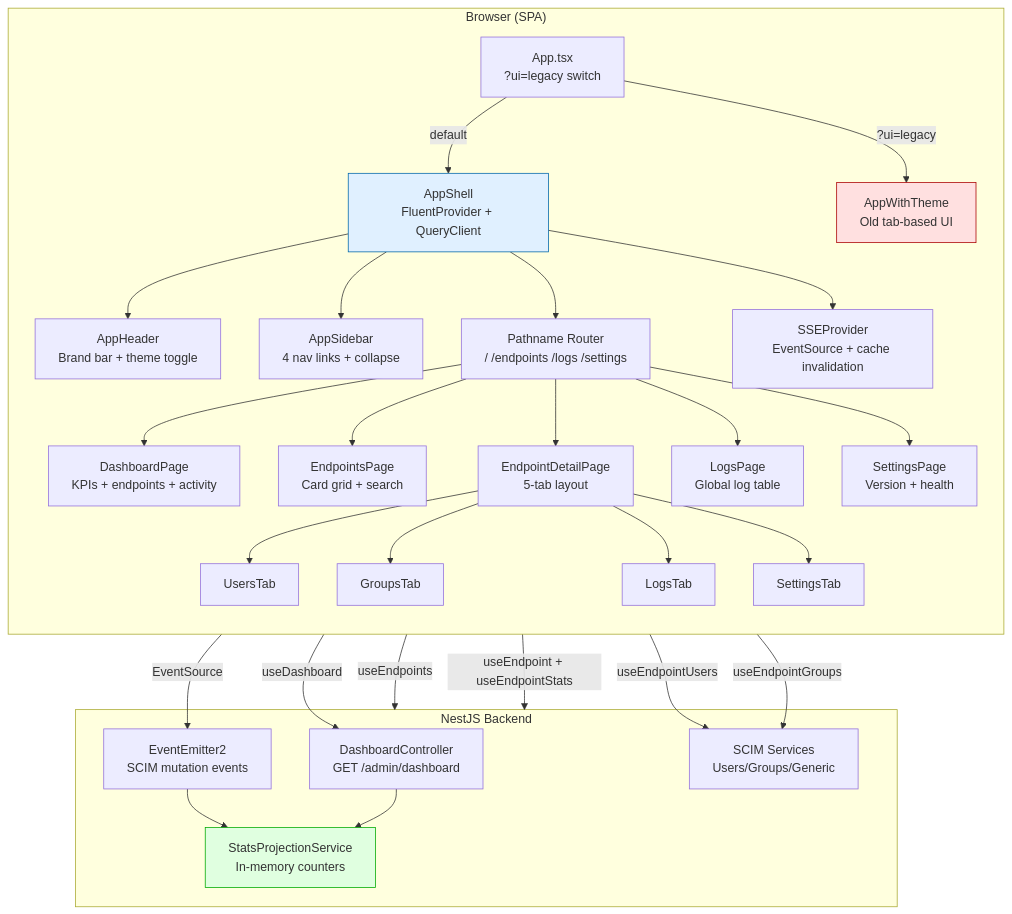
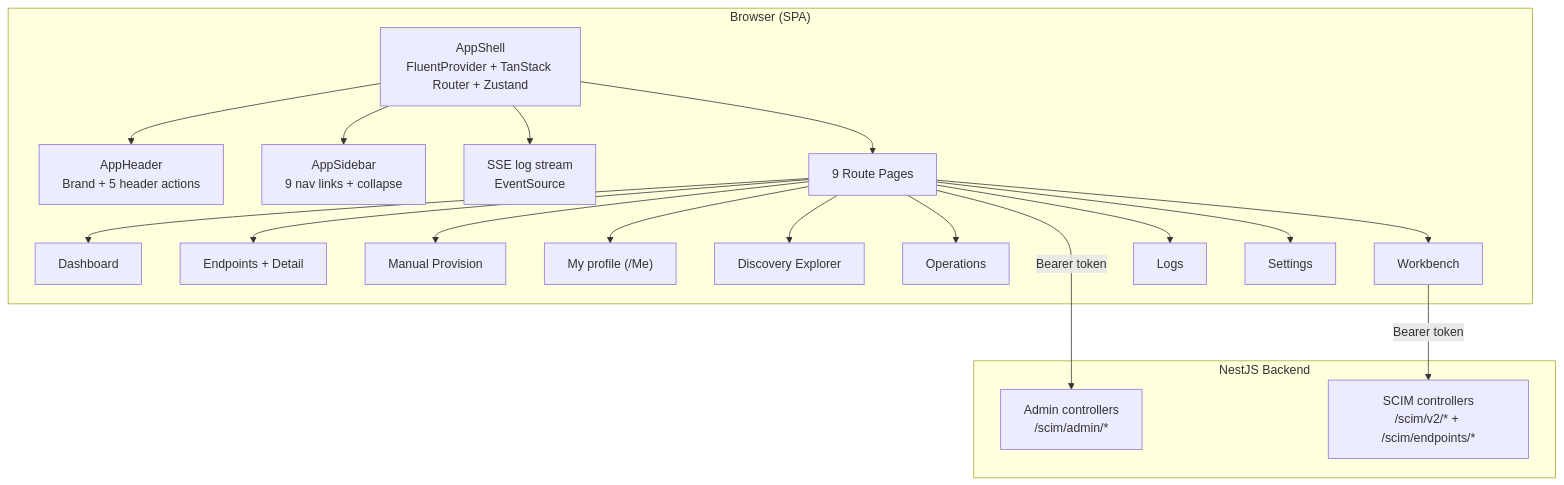
Before and after one commit to pranems/SCIMServer: the first of 2 diagrams in docs/UI_GUIDE.md, drawn with Mermaid. The commit also changed other lines of this file and 56 other files, not shown here.

````diff
--- a/docs/UI_GUIDE.md
+++ b/docs/UI_GUIDE.md
@@ -64,45 +36,27 @@
 ```mermaid
 flowchart TB
     subgraph Browser["Browser (SPA)"]
-        direction TB
-        App["App.tsx<br/>?ui=legacy switch"]
-        App -->|default| Shell["AppShell<br/>FluentProvider + QueryClient"]
-        App -->|?ui=legacy| Legacy["AppWithTheme<br/>Old tab-based UI"]
-
-        Shell --> Header["AppHeader<br/>Brand bar + theme toggle"]
-        Shell --> Sidebar["AppSidebar<br/>4 nav links + collapse"]
-        Shell --> Router["Pathname Router<br/>/ /endpoints /logs /settings"]
-        Shell --> SSE["SSEProvider<br/>EventSource + cache invalidation"]
-
-        Router --> Dashboard["DashboardPage<br/>KPIs + endpoints + activity"]
-        Router --> Endpoints["EndpointsPage<br/>Card grid + search"]
-        Router --> Detail["EndpointDetailPage<br/>5-tab layout"]
-        Router --> Logs["LogsPage<br/>Global log table"]
-        Router --> Settings["SettingsPage<br/>Version + health"]
-
-        Detail --> UsersTab
-        Detail --> GroupsTab
-        Detail --> LogsTab
-        Detail --> SettingsTab
+        Shell["AppShell<br/>FluentProvider + TanStack Router + Zustand"]
+        Shell --> Header["AppHeader<br/>Brand + 5 header actions"]
+        Shell --> Sidebar["AppSidebar<br/>9 nav links + collapse"]
+        Shell --> SSE["SSE log stream<br/>EventSource"]
+        Shell --> Pages["9 Route Pages"]
+        Pages --> P1["Dashboard"]
+        Pages --> P2["Endpoints + Detail"]
+        Pages --> P3["Manual Provision"]
+        Pages --> P4["My profile (/Me)"]
+        Pages --> P5["Discovery Explorer"]
+        Pages --> P6["Operations"]
+        Pages --> P7["Workbench"]
+        Pages --> P8["Logs"]
+        Pages --> P9["Settings"]
     end
 
     subgraph API["NestJS Backend"]
-        BFF["DashboardController<br/>GET /admin/dashboard"]
-        Stats["StatsProjectionService<br/>In-memory counters"]
-        Events["EventEmitter2<br/>SCIM mutation events"]
-        SCIM["SCIM Services<br/>Users/Groups/Generic"]
+        Admin["Admin controllers<br/>/scim/admin/*"]
+        Scim["SCIM controllers<br/>/scim/v2/* + /scim/endpoints/*"]
     end
 
-    Dashboard -->|useDashboard| BFF
-    Endpoints -->|useEndpoints| API
-    Detail -->|useEndpoint + useEndpointStats| API
-    UsersTab -->|useEndpointUsers| SCIM
-    GroupsTab -->|useEndpointGroups| SCIM
-    SSE -->|EventSource| Events
-    Events --> Stats
-    BFF --> Stats
-
-    style Shell fill:#e0f0ff,stroke:#06a
-    style Legacy fill:#ffe0e0,stroke:#a00
-    style Stats fill:#e0ffe0,stroke:#0a0
+    Pages -->|Bearer token| Admin
+    P7 -->|Bearer token| Scim
 ```
````
